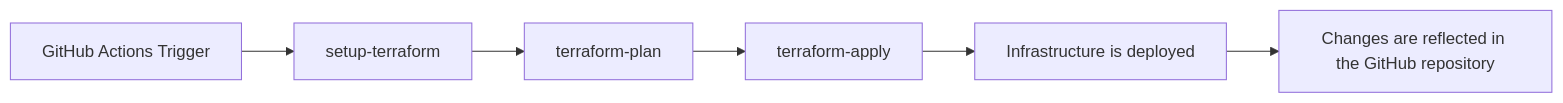
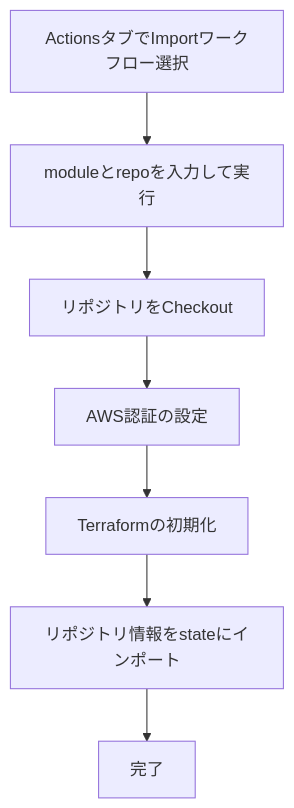
The second of 2 diagrams in docs/README.ja.md (tqer39/terraform-github), drawn with Mermaid before and after one commit. The commit also changed other lines of this file and 3 other files, not shown here.

````diff
--- a/docs/README.ja.md
+++ b/docs/README.ja.md
@@ -12,8 +47,9 @@
 ```mermaid
-graph LR
-  A[GitHub Actions Trigger] --> B[setup-terraform]
-  B --> C[terraform-plan]
-  C --> D[terraform-apply]
-  D --> E[Infrastructure is deployed]
-  E --> F[Changes are reflected in the GitHub repository]
+graph TD
+  A[ActionsタブでImportワークフロー選択] --> B[moduleとrepoを入力して実行]
+  B --> C[リポジトリをCheckout]
+  C --> D[AWS認証の設定]
+  D --> E[Terraformの初期化]
+  E --> F[リポジトリ情報をstateにインポート]
+  F --> G[完了]
 ```
````
